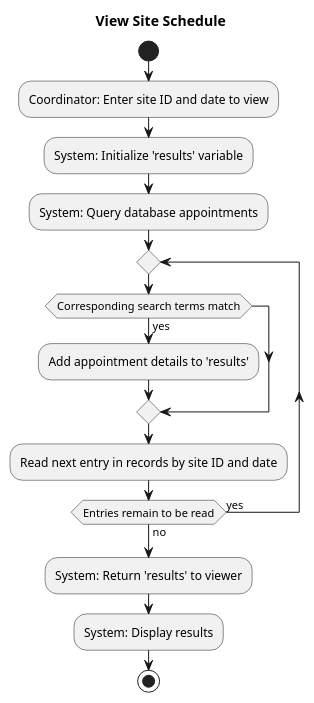
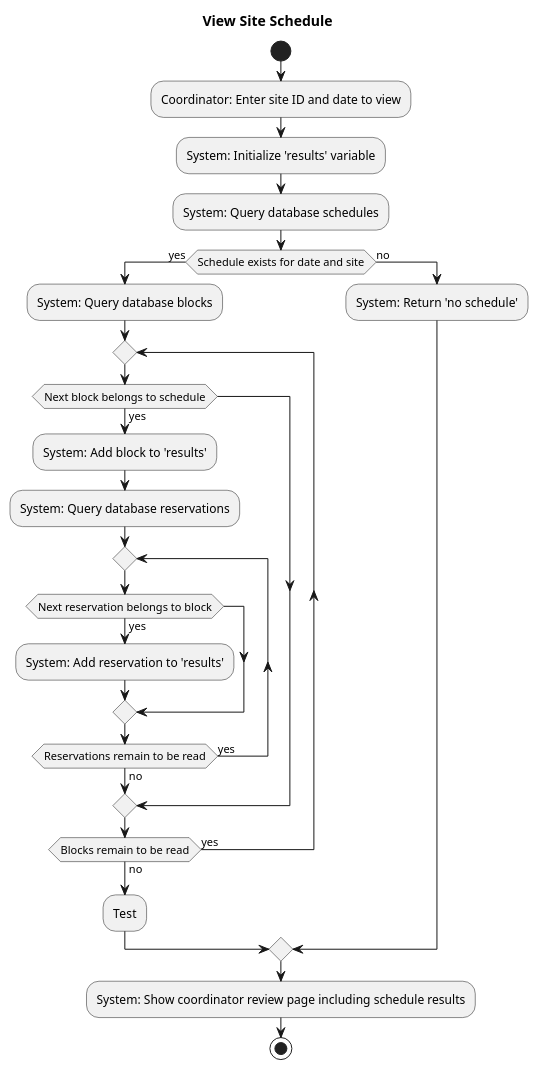
The diagram in documentation/activity_diagrams/view_schedule.puml (dscutt86/vita-ars), drawn with PlantUML before and after one commit. The commit also changed 6 other files, not shown here.

Commit message:
Added activity diagrams

```diff
--- a/documentation/activity_diagrams/view_schedule.puml
+++ b/documentation/activity_diagrams/view_schedule.puml
@@ -1,22 +1,32 @@
 @startuml
 title View Site Schedule
 
 start
 
 :Coordinator: Enter site ID and date to view;
 :System: Initialize 'results' variable;
-:System: Query database appointments;
+:System: Query database schedules;
 
-repeat
-  if (Corresponding search terms match) then (yes)
-    :Add appointment details to 'results';
-  endif
-  :Read next entry in records by site ID and date;
-repeat while (Entries remain to be read) is (yes) not (no)
+if (Schedule exists for date and site) then (yes)
+  :System: Query database blocks;
+  repeat
+    if (Next block belongs to schedule) then (yes)
+      :System: Add block to 'results';
+      :System: Query database reservations;
+      repeat
+        if (Next reservation belongs to block) then (yes)
+          :System: Add reservation to 'results';
+        endif
+      repeat while (Reservations remain to be read) is (yes) not (no)
+    endif
+  repeat while (Blocks remain to be read) is (yes) not (no)
+  :Test;
+else (no)
+  :System: Return 'no schedule';
+endif
 
-:System: Return 'results' to viewer;
-:System: Display results;
+:System: Show coordinator review page including schedule results;
 
 stop
 
 @enduml
```
